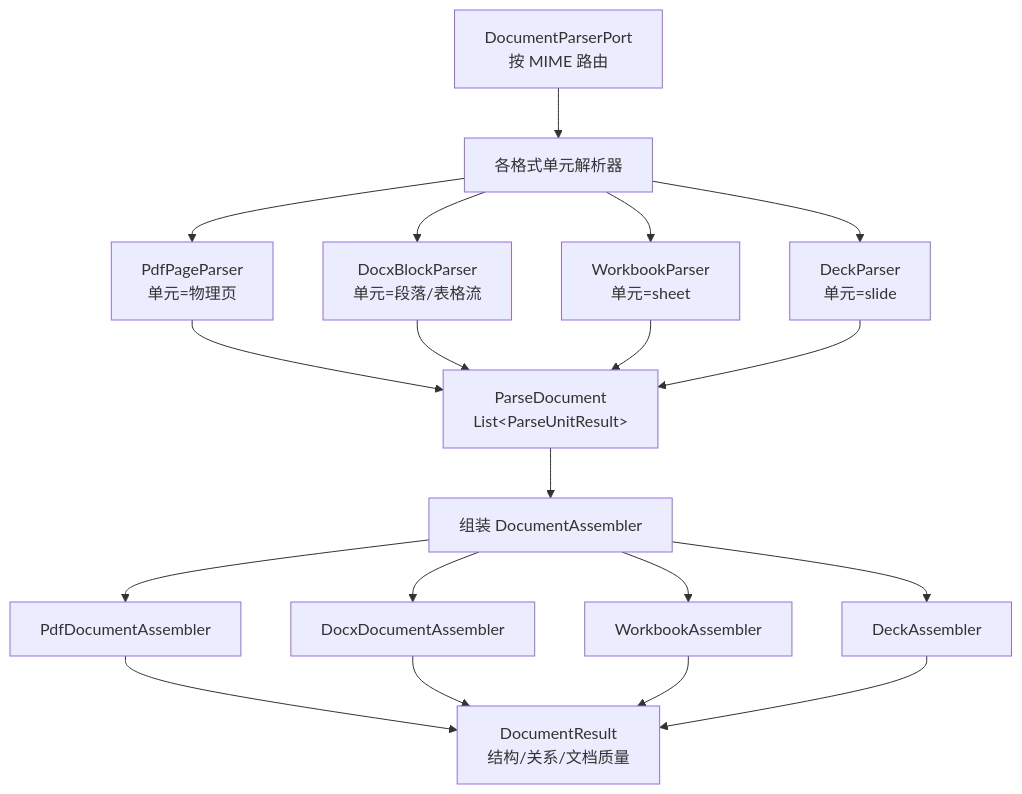
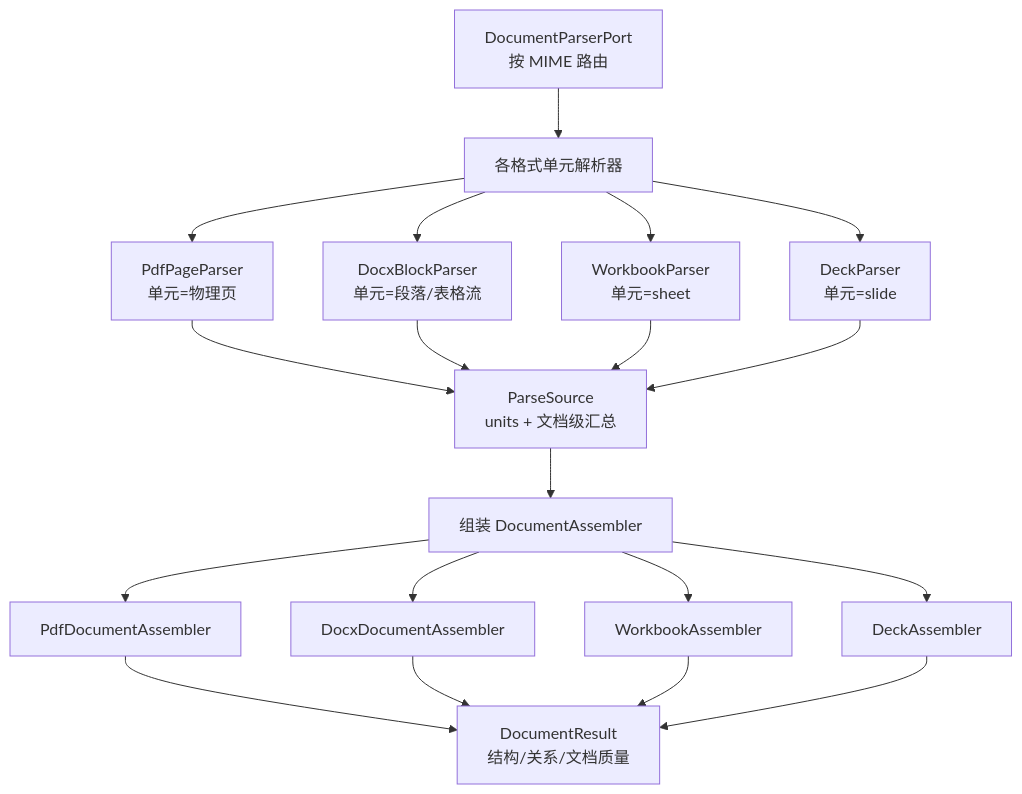
The first of 2 diagrams in .project/analysis/11-解析环节统一重构-设计.md (happyCxxl/workbuddy), drawn with Mermaid before and after one commit. The commit also changed other lines of this file and 19 other files, not shown here.

First line of the commit message:
refactor(解析): 解析产物收敛为单一 ParseSource 载体

````diff
--- a/.project/analysis/11-解析环节统一重构-设计.md
+++ b/.project/analysis/11-解析环节统一重构-设计.md
@@ -25,21 +25,21 @@
 ```mermaid
 flowchart TD
     A["DocumentParserPort<br/>按 MIME 路由"] --> B["各格式单元解析器"]
     B --> B1["PdfPageParser<br/>单元=物理页"]
     B --> B2["DocxBlockParser<br/>单元=段落/表格流"]
     B --> B3["WorkbookParser<br/>单元=sheet"]
     B --> B4["DeckParser<br/>单元=slide"]
-    B1 --> C["ParseDocument<br/>List&lt;ParseUnitResult&gt;"]
+    B1 --> C["ParseSource<br/>units + 文档级汇总"]
     B2 --> C
     B3 --> C
     B4 --> C
     C --> D["组装 DocumentAssembler"]
     D --> D1["PdfDocumentAssembler"]
     D --> D2["DocxDocumentAssembler"]
     D --> D3["WorkbookAssembler"]
     D --> D4["DeckAssembler"]
     D1 --> E["DocumentResult<br/>结构/关系/文档质量"]
     D2 --> E
     D3 --> E
     D4 --> E
 ```
````
